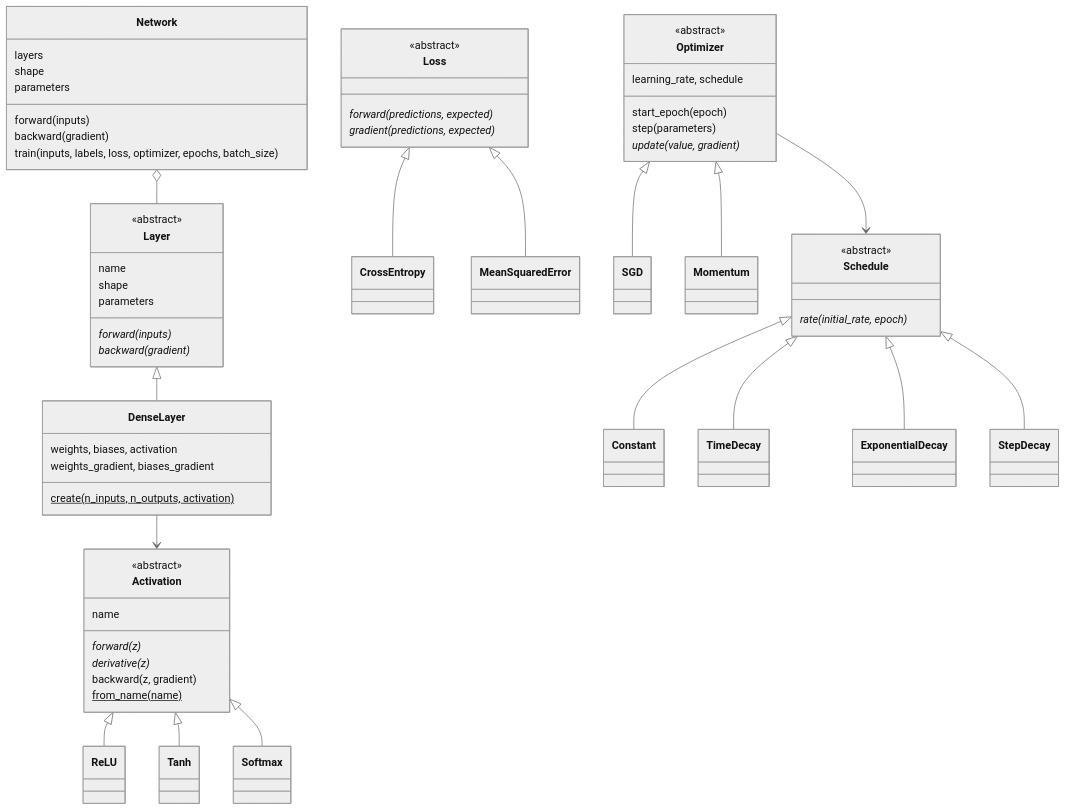
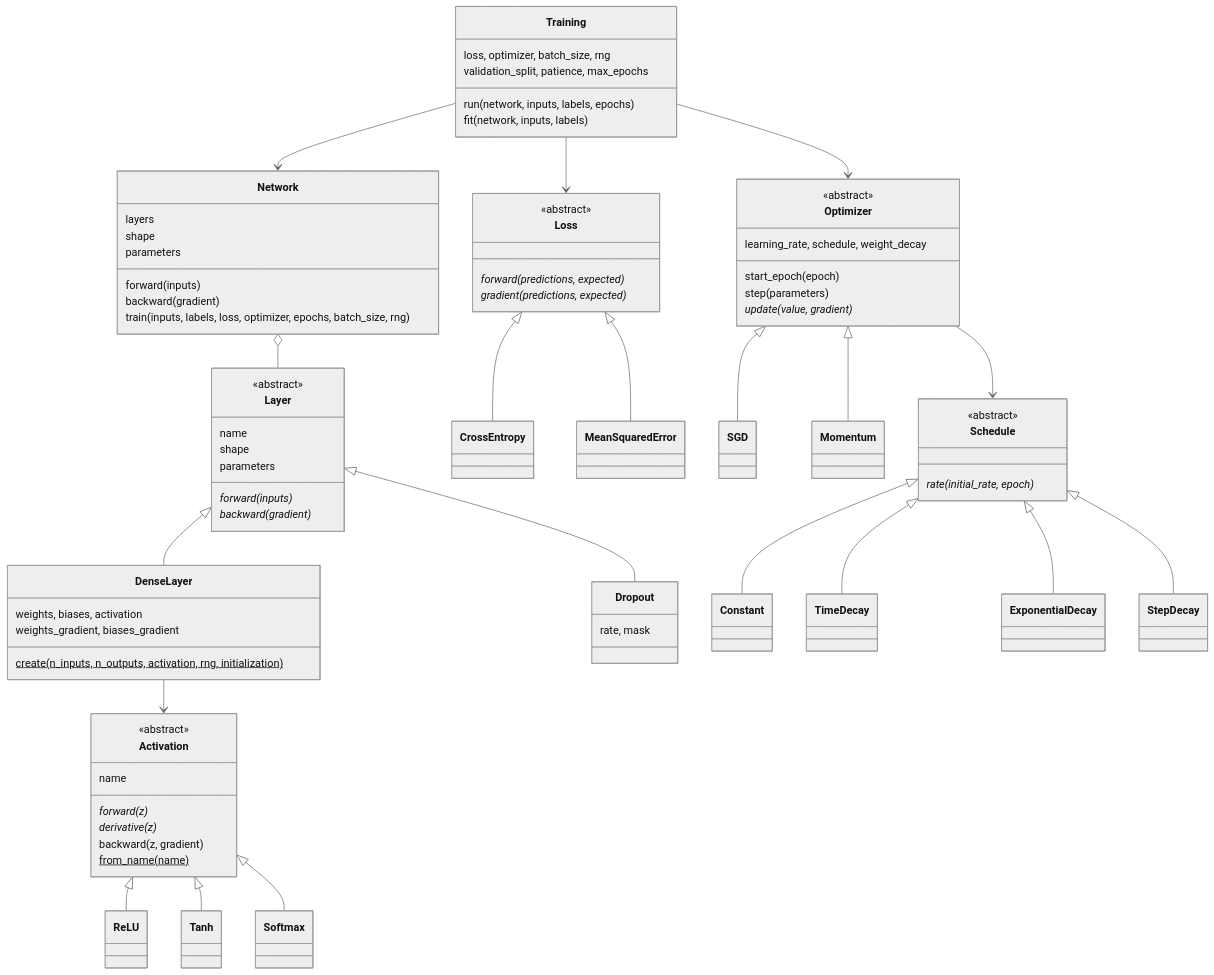
The second of 4 diagrams in docs/my_torch.md (Eukyrios/my_torch), drawn with Mermaid (neutral theme) before and after one commit. The commit also changed other lines of this file, not shown here.

Commit message:
docs: explain dropout, L2 and early stopping, and fix the stale examples of the maths doc

````diff
--- a/docs/my_torch.md
+++ b/docs/my_torch.md
@@ -65,63 +66,76 @@
 ```mermaid
 classDiagram
     class Network {
         layers
         shape
         parameters
         forward(inputs)
         backward(gradient)
-        train(inputs, labels, loss, optimizer, epochs, batch_size)
+        train(inputs, labels, loss, optimizer, epochs, batch_size, rng)
+    }
+    class Training {
+        loss, optimizer, batch_size, rng
+        validation_split, patience, max_epochs
+        run(network, inputs, labels, epochs)
+        fit(network, inputs, labels)
     }
     class Layer {
         <<abstract>>
         name
         shape
         parameters
         forward(inputs)*
         backward(gradient)*
     }
     class DenseLayer {
         weights, biases, activation
         weights_gradient, biases_gradient
-        create(n_inputs, n_outputs, activation)$
+        create(n_inputs, n_outputs, activation, rng, initialization)$
+    }
+    class Dropout {
+        rate, mask
     }
     class Activation {
         <<abstract>>
         name
         forward(z)*
         derivative(z)*
         backward(z, gradient)
         from_name(name)$
     }
     class Loss {
         <<abstract>>
         forward(predictions, expected)*
         gradient(predictions, expected)*
     }
     class Optimizer {
         <<abstract>>
-        learning_rate, schedule
+        learning_rate, schedule, weight_decay
         start_epoch(epoch)
         step(parameters)
         update(value, gradient)*
     }
     class Schedule {
         <<abstract>>
         rate(initial_rate, epoch)*
     }
+    Training --> Network
+    Training --> Loss
+    Training --> Optimizer
     Network o-- Layer
     Layer <|-- DenseLayer
+    Layer <|-- Dropout
     DenseLayer --> Activation
     Activation <|-- ReLU
     Activation <|-- Tanh
     Activation <|-- Softmax
     Loss <|-- CrossEntropy
     Loss <|-- MeanSquaredError
     Optimizer <|-- SGD
     Optimizer <|-- Momentum
     Optimizer --> Schedule
     Schedule <|-- Constant
     Schedule <|-- TimeDecay
     Schedule <|-- ExponentialDecay
     Schedule <|-- StepDecay
 ```
````
